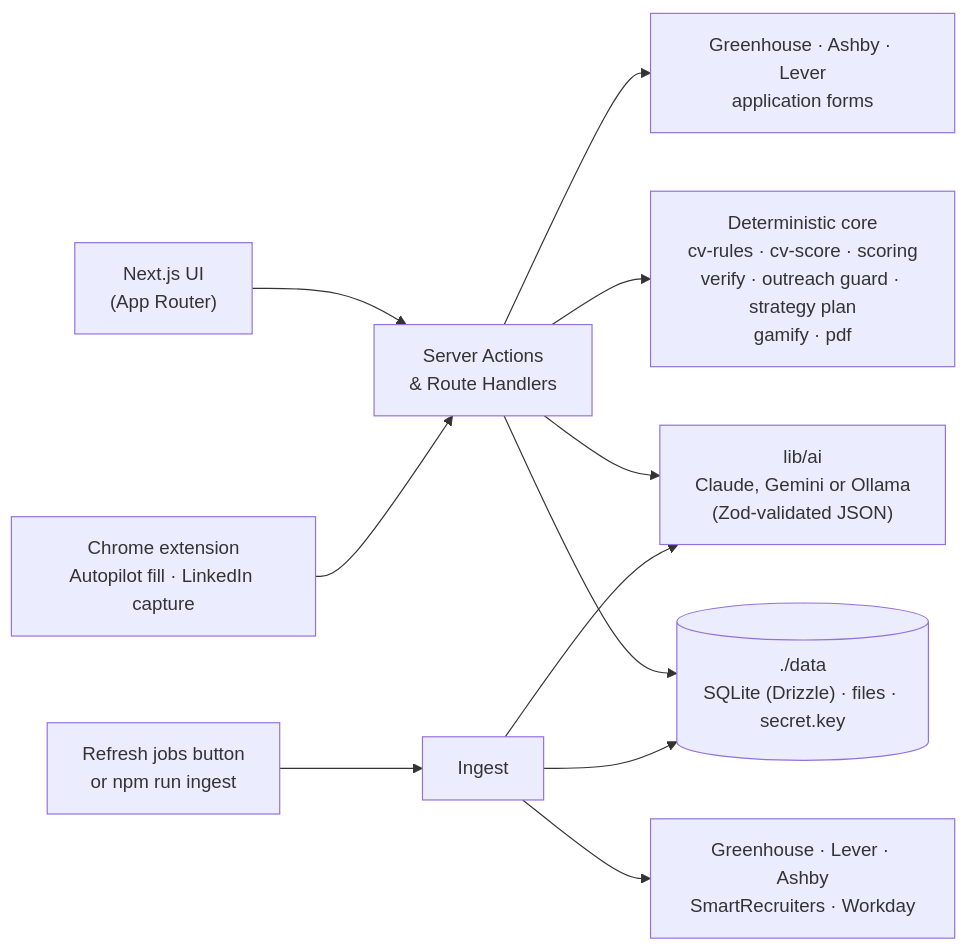
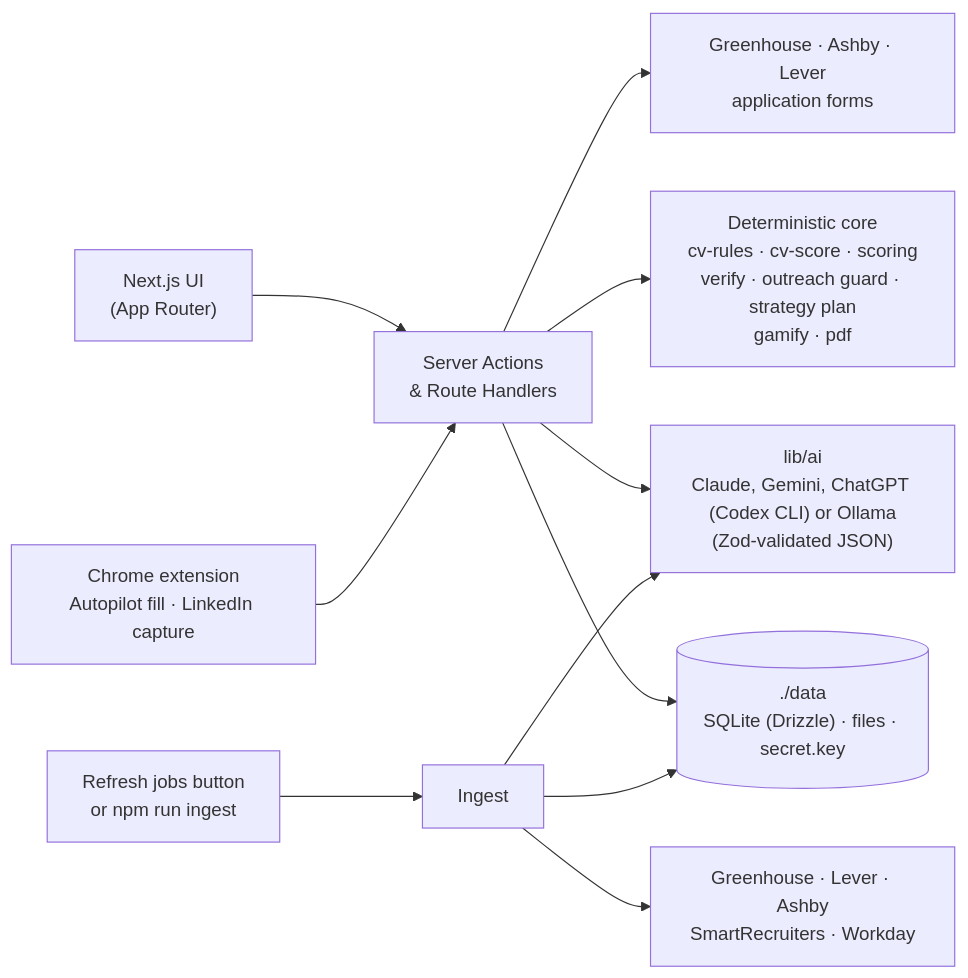
The diagram in README.md (berkeaskim/placed), drawn with Mermaid before and after one commit. The commit also changed other lines of this file and 17 other files, not shown here.

First line of the commit message:
feat(ai): ChatGPT through the Codex CLI as a fourth AI provider

````diff
--- a/README.md
+++ b/README.md
@@ -164,13 +164,13 @@
 ```mermaid
 flowchart LR
     UI["Next.js UI<br/>(App Router)"] --> SA["Server Actions<br/>& Route Handlers"]
     EXT["Chrome extension<br/>Autopilot fill · LinkedIn capture"] --> SA
     SA --> DB[("./data<br/>SQLite (Drizzle) · files · secret.key")]
-    SA --> AI["lib/ai<br/>Claude, Gemini or Ollama<br/>(Zod-validated JSON)"]
+    SA --> AI["lib/ai<br/>Claude, Gemini, ChatGPT (Codex CLI) or Ollama<br/>(Zod-validated JSON)"]
     SA --> DET["Deterministic core<br/>cv-rules · cv-score · scoring<br/>verify · outreach guard · strategy plan<br/>gamify · pdf"]
     SA --> FORMS["Greenhouse · Ashby · Lever<br/>application forms"]
     BTN["Refresh jobs button<br/>or npm run ingest"] --> ING["Ingest"]
     ING --> ATS["Greenhouse · Lever · Ashby<br/>SmartRecruiters · Workday"]
     ING --> AI
     ING --> DB
 ```
````
